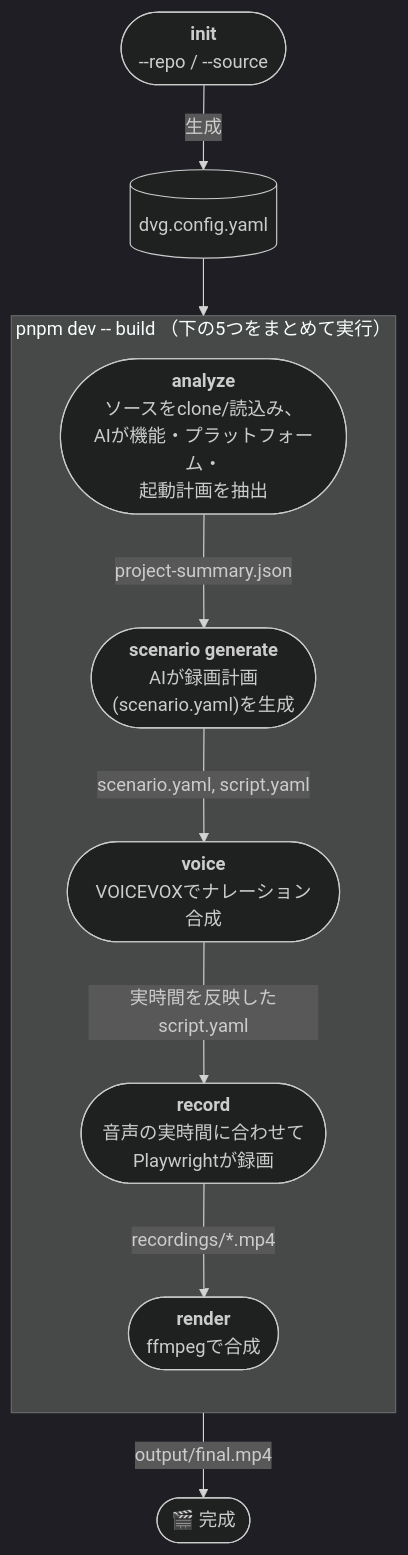
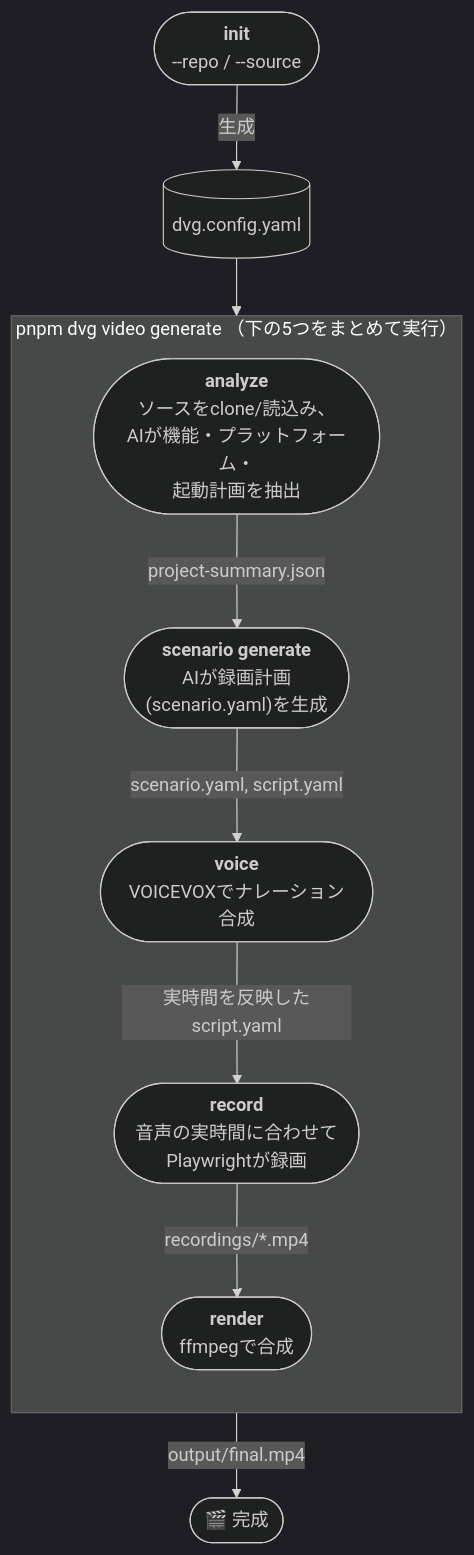
One commit to TakuKobayashi/auto-product-video-generator changed the diagram in README-ja.md. Above: the diagram before and after it, drawn with Mermaid (dark theme). The commit also changed other lines of this file and 15 other files, not shown here.

````diff
--- a/README-ja.md
+++ b/README-ja.md
@@ -58,20 +58,20 @@
 ```mermaid
 flowchart TD
     init(["<b>init</b><br/>--repo / --source"]) -->|生成| cfg[(dvg.config.yaml)]
 
-    subgraph build["pnpm dev -- build （下の5つをまとめて実行）"]
+    subgraph build["pnpm dvg video generate （下の5つをまとめて実行）"]
         direction TB
         analyze(["<b>analyze</b><br/>ソースをclone/読込み、<br/>AIが機能・プラットフォーム・<br/>起動計画を抽出"])
         scenario(["<b>scenario generate</b><br/>AIが録画計画<br/>(scenario.yaml)を生成"])
         voice(["<b>voice</b><br/>VOICEVOXでナレーション合成"])
         record(["<b>record</b><br/>音声の実時間に合わせて<br/>Playwrightが録画"])
         render(["<b>render</b><br/>ffmpegで合成"])
         analyze -->|project-summary.json| scenario
         scenario -->|scenario.yaml, script.yaml| voice
         voice -->|実時間を反映したscript.yaml| record
         record -->|recordings/*.mp4| render
     end
 
     cfg --> analyze
     render -->|output/final.mp4| done(["🎬 完成"])
 ```
````
